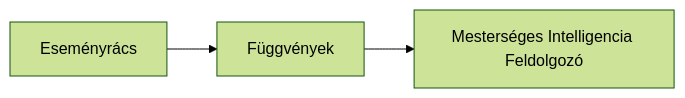
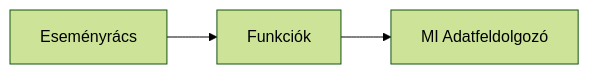
Before and after one commit to microsoft/AZD-for-beginners: the second of 2 diagrams in translations/hu/docs/chapter-08-production/README.md, drawn with Mermaid (forest theme). The commit also changed other lines of this file and 104 other files, not shown here.

````diff
--- a/translations/hu/docs/chapter-08-production/README.md
+++ b/translations/hu/docs/chapter-08-production/README.md
@@ -56,4 +57,4 @@
 ```mermaid
 graph LR
-    EventGrid[Eseményrács] --> Functions[Függvények] --> Pipeline[Mesterséges Intelligencia Feldolgozó]
+    EventGrid[Eseményrács] --> Functions[Funkciók] --> Pipeline[MI Adatfeldolgozó]
 ```
````
